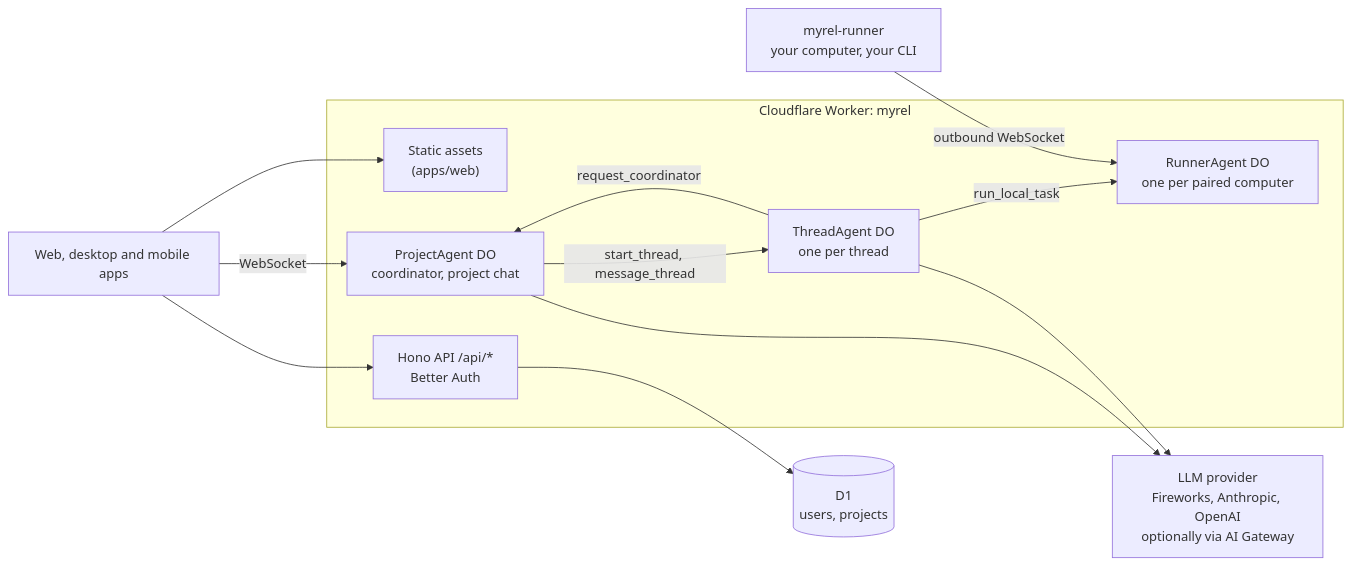
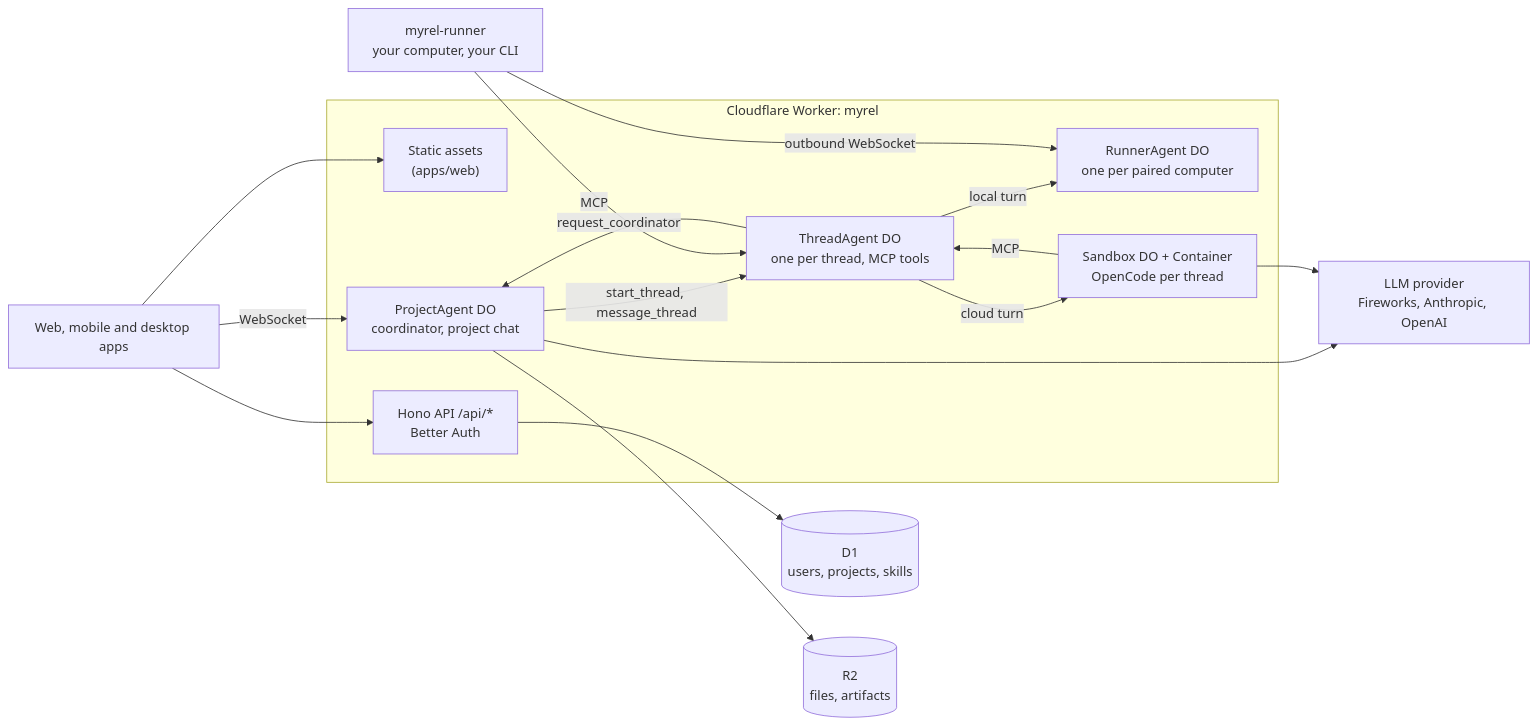
One commit to Fibteq-Inc/Myrel changed the diagram in README.md. Above: the diagram before and after it, drawn with Mermaid. The commit also changed other lines of this file and 1 other file, not shown here.

First line of the commit message:
Bring the README and architecture page up to date

````diff
--- a/README.md
+++ b/README.md
@@ -31,24 +54,30 @@
 ```mermaid
 flowchart LR
-  clients["Web, desktop and mobile apps"]
+  clients["Web, mobile and desktop apps"]
   subgraph worker["Cloudflare Worker: myrel"]
     assets["Static assets<br/>(apps/web)"]
     api["Hono API /api/*<br/>Better Auth"]
     pa["ProjectAgent DO<br/>coordinator, project chat"]
-    ta["ThreadAgent DO<br/>one per thread"]
+    ta["ThreadAgent DO<br/>one per thread, MCP tools"]
     ra["RunnerAgent DO<br/>one per paired computer"]
+    sb["Sandbox DO + Container<br/>OpenCode per thread"]
   end
   runner["myrel-runner<br/>your computer, your CLI"]
-  d1[("D1<br/>users, projects")]
-  llm["LLM provider<br/>Fireworks, Anthropic, OpenAI<br/>optionally via AI Gateway"]
+  d1[("D1<br/>users, projects, skills")]
+  r2[("R2<br/>files, artifacts")]
+  llm["LLM provider<br/>Fireworks, Anthropic, OpenAI"]
   clients --> assets
   clients --> api
   clients -- WebSocket --> pa
   api --> d1
   pa -- start_thread, message_thread --> ta
   ta -- request_coordinator --> pa
-  ta -- run_local_task --> ra
+  ta -- cloud turn --> sb
+  ta -- local turn --> ra
   runner -- outbound WebSocket --> ra
+  sb -- MCP --> ta
+  runner -- MCP --> ta
+  pa --> r2
   pa --> llm
-  ta --> llm
+  sb --> llm
 ```
````
